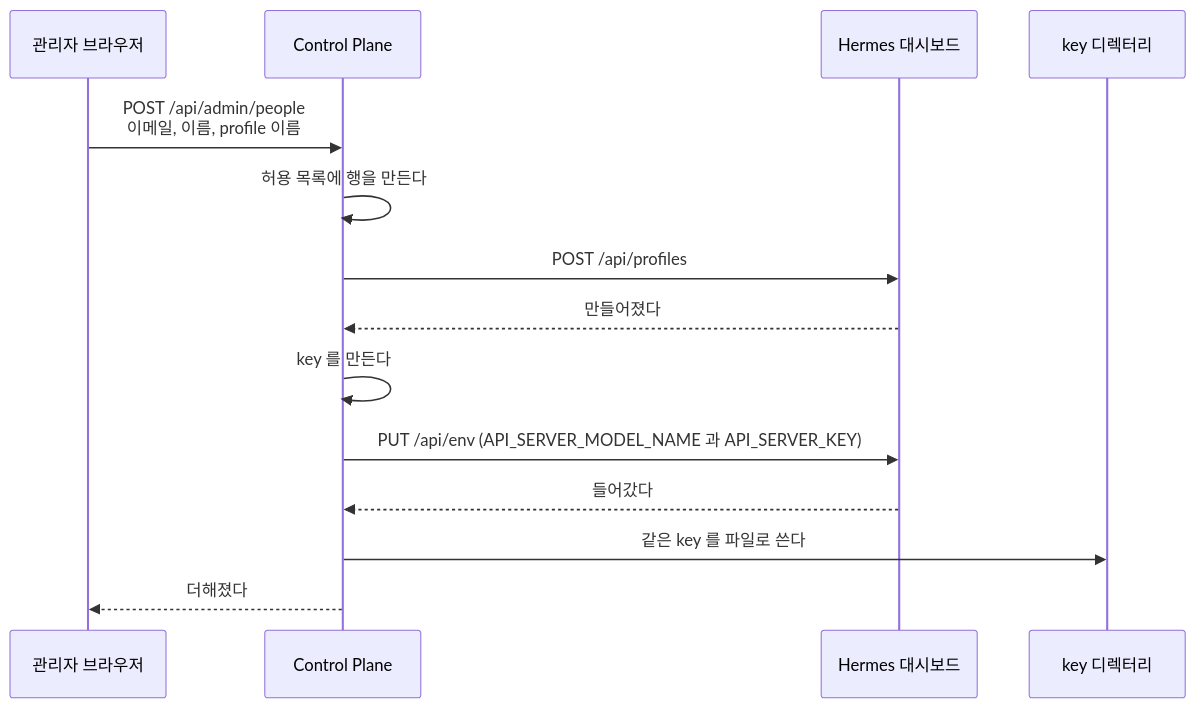
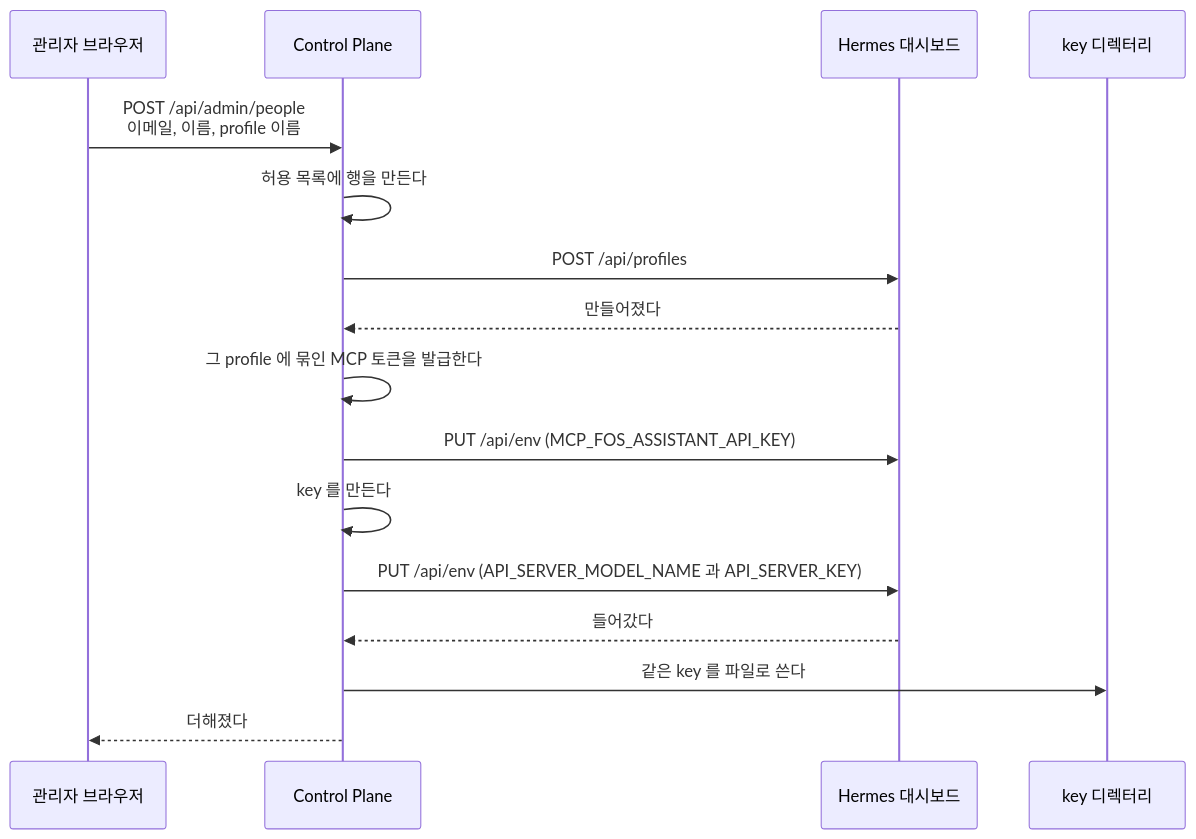
The third of 25 diagrams in docs/flow.md (jon890/fos-assistant), drawn with Mermaid before and after one commit. The commit also changed other lines of this file and 11 other files, not shown here.

````diff
--- a/docs/flow.md
+++ b/docs/flow.md
@@ -128,17 +128,19 @@
 ```mermaid
 sequenceDiagram
     participant A as 관리자 브라우저
     participant C as Control Plane
     participant D as Hermes 대시보드
     participant F as key 디렉터리
 
     A->>C: POST /api/admin/people<br/>이메일, 이름, profile 이름
     C->>C: 허용 목록에 행을 만든다
     C->>D: POST /api/profiles
     D-->>C: 만들어졌다
+    C->>C: 그 profile 에 묶인 MCP 토큰을 발급한다
+    C->>D: PUT /api/env (MCP_FOS_ASSISTANT_API_KEY)
     C->>C: key 를 만든다
     C->>D: PUT /api/env (API_SERVER_MODEL_NAME 과 API_SERVER_KEY)
     D-->>C: 들어갔다
     C->>F: 같은 key 를 파일로 쓴다
     C-->>A: 더해졌다
 ```
````
